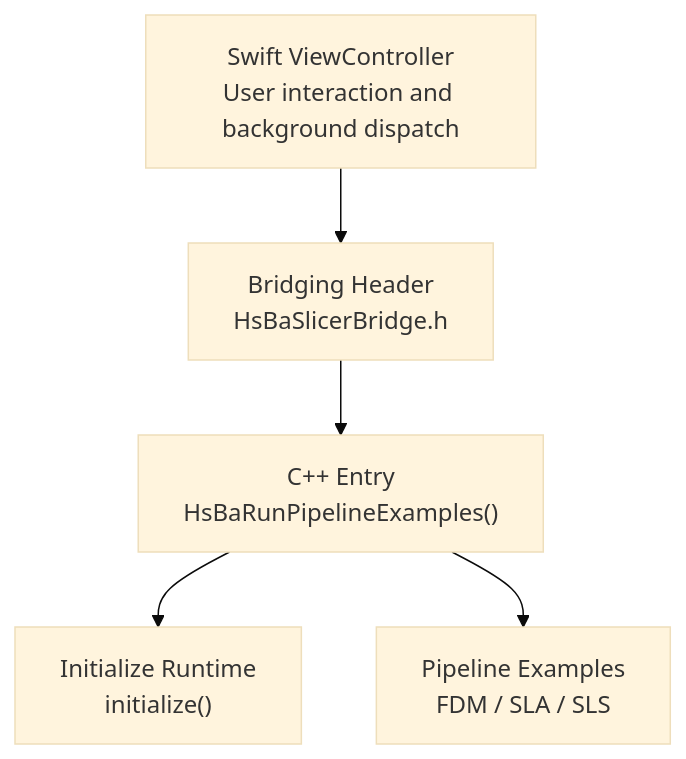
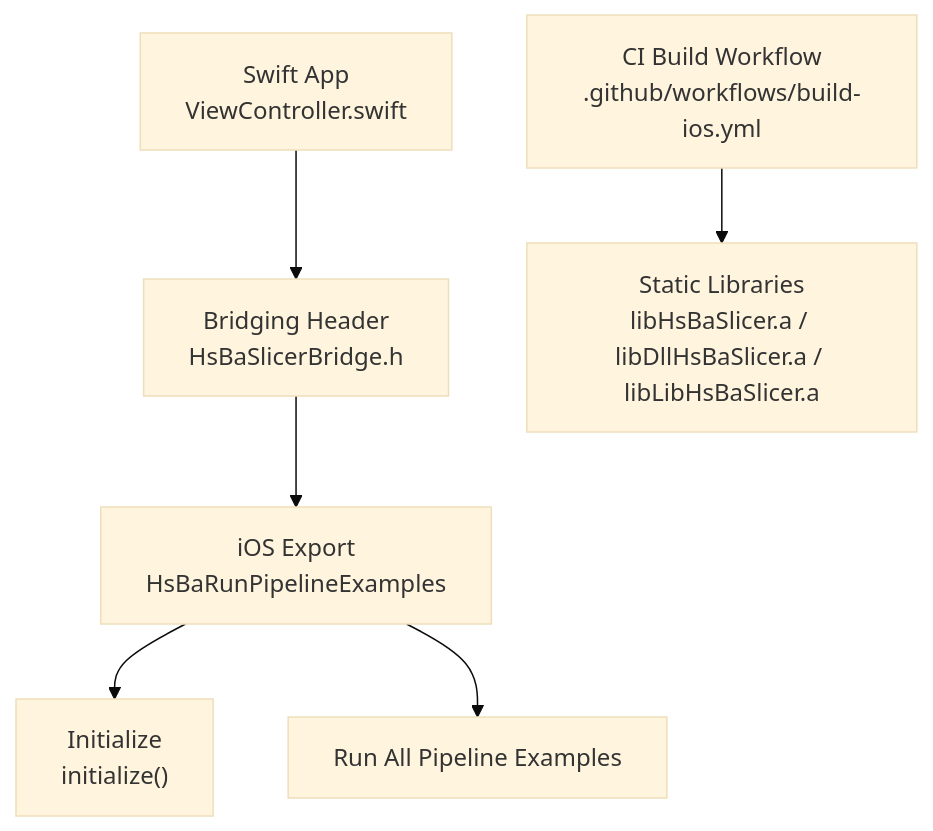
One commit to hsmbanlance/HsBaSlicer changed the first of 9 diagrams in .qoder/repowiki/en/content/Integration Guide/Mobile Platform Integration/iOS Integration.md. Above: the diagram before and after it, drawn with Mermaid (base theme). The commit also changed other lines of this file and 1095 other files, not shown here.

````diff
--- a/.qoder/repowiki/en/content/Integration Guide/Mobile Platform Integration/iOS Integration.md
+++ b/.qoder/repowiki/en/content/Integration Guide/Mobile Platform Integration/iOS Integration.md
@@ -45,7 +52,8 @@
 ```mermaid
 graph TB
-Swift["Swift ViewController<br/>User interaction and background dispatch"] --> Bridge["Bridging Header<br/>HsBaSlicerBridge.h"]
-Bridge --> Entry["C++ Entry<br/>HsBaRunPipelineExamples()"]
-Entry --> Init["Initialize Runtime<br/>initialize()"]
-Entry --> Pipelines["Pipeline Examples<br/>FDM / SLA / SLS"]
+SwiftApp["Swift App<br/>ViewController.swift"] --> BridgeHeader["Bridging Header<br/>HsBaSlicerBridge.h"]
+BridgeHeader --> IOSExport["iOS Export<br/>HsBaRunPipelineExamples"]
+IOSExport --> Initialize["Initialize<br/>initialize()"]
+IOSExport --> PipelineExamples["Run All Pipeline Examples"]
+Workflow["CI Build Workflow<br/>.github/workflows/build-ios.yml"] --> StaticLibraries["Static Libraries<br/>libHsBaSlicer.a / libDllHsBaSlicer.a / libLibHsBaSlicer.a"]
 ```
````
